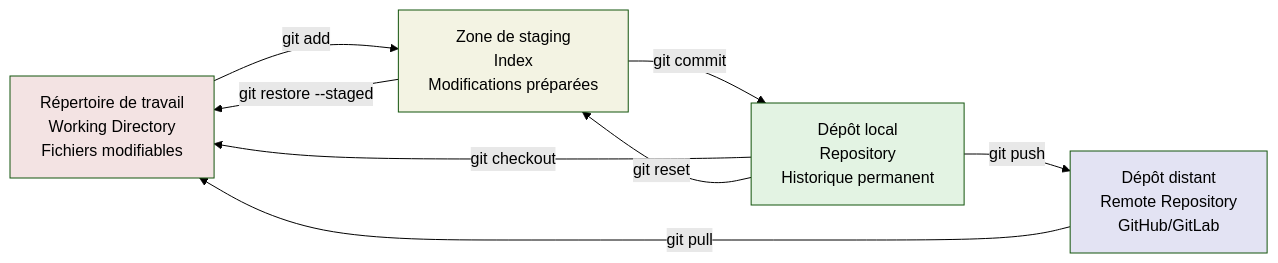
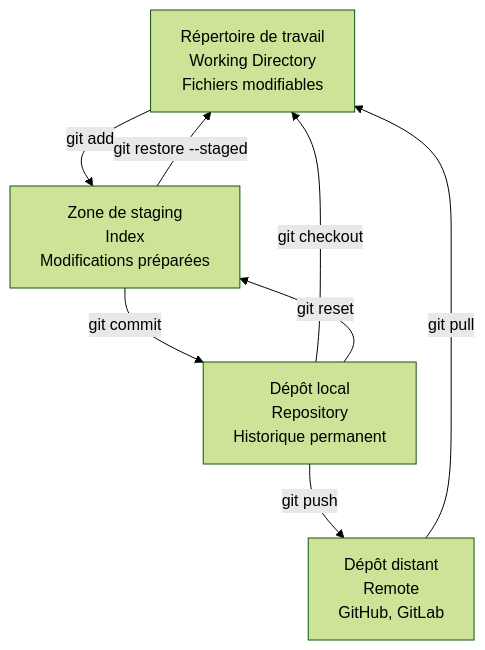
One commit to zyrass/omnydocs changed the third of 8 diagrams in docs/bases/outils/git.md. Above: the diagram before and after it, drawn with Mermaid (forest theme). The commit also changed other lines of this file and 89 other files, not shown here.

````diff
--- a/docs/bases/outils/git.md
+++ b/docs/bases/outils/git.md
@@ -100,16 +95,16 @@
 ```mermaid
-graph LR
-    A[Répertoire de travail<br/>Working Directory<br/>Fichiers modifiables] -->|git add| B[Zone de staging<br/>Index<br/>Modifications préparées]
-    B -->|git commit| C[Dépôt local<br/>Repository<br/>Historique permanent]
-    C -->|git push| D[Dépôt distant<br/>Remote Repository<br/>GitHub/GitLab]
-    
-    D -->|git pull| A
-    C -->|git checkout| A
-    B -->|git restore --staged| A
-    C -->|git reset| B
-    
-    style A fill:#f3e3e3
-    style B fill:#f3f3e3
-    style C fill:#e3f3e3
-    style D fill:#e3e3f3
+flowchart TB
+    A["Répertoire de travail<br />Working Directory<br />Fichiers modifiables"]
+    B["Zone de staging<br />Index<br />Modifications préparées"]
+    C["Dépôt local<br />Repository<br />Historique permanent"]
+    D["Dépôt distant<br />Remote<br />GitHub, GitLab"]
+
+    A -->|"git add"| B
+    B -->|"git commit"| C
+    C -->|"git push"| D
+
+    D -->|"git pull"| A
+    C -->|"git checkout"| A
+    B -->|"git restore --staged"| A
+    C -->|"git reset"| B
 ```
````
